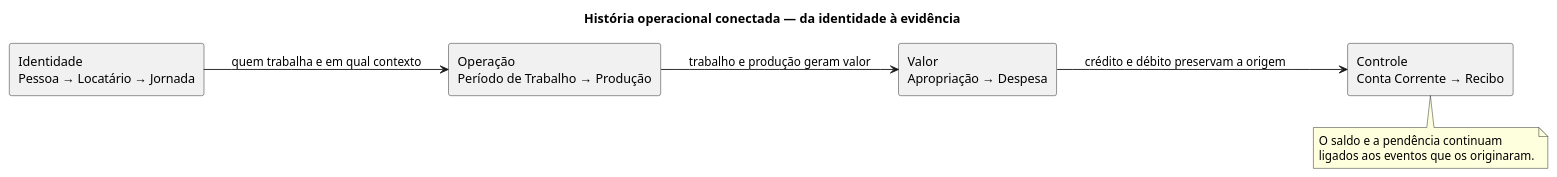
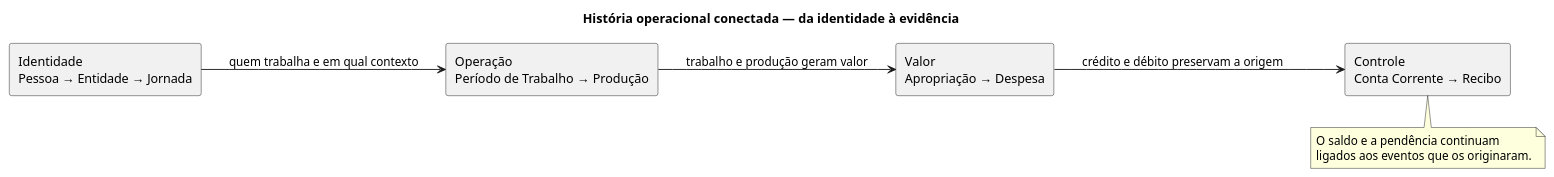
Before and after one commit to RodrigoMattosoSilveira/EnterpriseRemoteSystems: the diagram in docs/uml/demo/03-cadeia-operacional.puml, drawn with PlantUML. The commit also changed 10 other files, not shown here.

```diff
--- a/docs/uml/demo/03-cadeia-operacional.puml
+++ b/docs/uml/demo/03-cadeia-operacional.puml
@@ -1,20 +1,20 @@
 @startuml
 title História operacional conectada — da identidade à evidência
 
 left to right direction
 
-rectangle "Identidade\nPessoa → Locatário → Jornada" as Identidade
+rectangle "Identidade\nPessoa → Entidade → Jornada" as Identidade
 rectangle "Operação\nPeríodo de Trabalho → Produção" as Operacao
 rectangle "Valor\nApropriação → Despesa" as Valor
 rectangle "Controle\nConta Corrente → Recibo" as Controle
 
 Identidade --> Operacao : quem trabalha e em qual contexto
 Operacao --> Valor : trabalho e produção geram valor
 Valor --> Controle : crédito e débito preservam a origem
 
 note bottom of Controle
 O saldo e a pendência continuam
 ligados aos eventos que os originaram.
 end note
 
 @enduml
```
